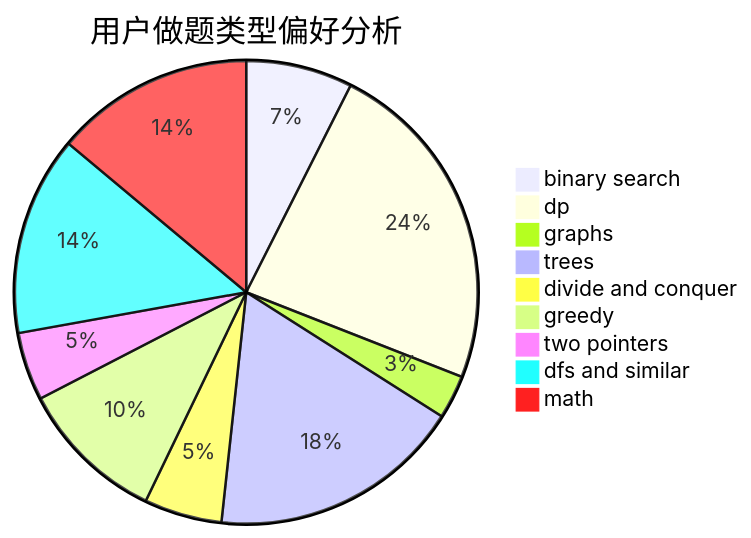
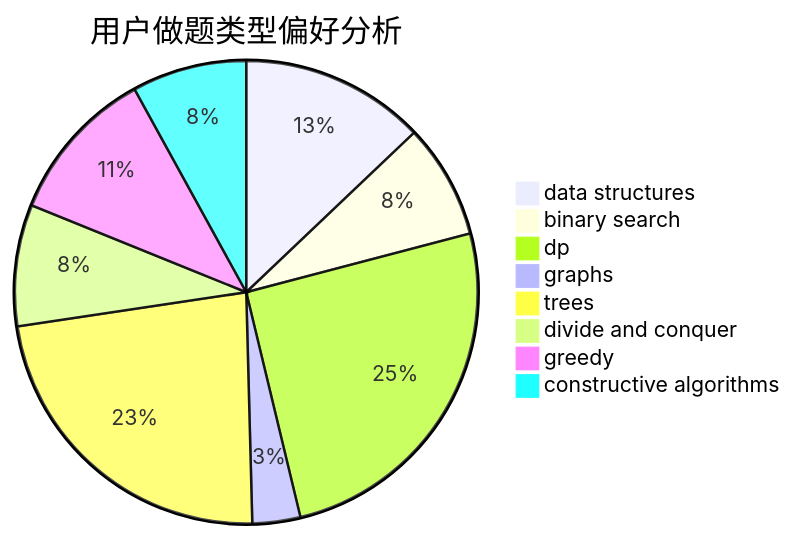
The second of 3 diagrams in docs/user/u903.md (sherpahu/cfrs.github.io), drawn with Mermaid before and after one commit. The commit also changed other lines of this file and 2775 other files, not shown here.

````diff
--- a/docs/user/u903.md
+++ b/docs/user/u903.md
@@ -23,12 +23,11 @@
 ```mermaid
 pie title 用户做题类型偏好分析
-    "binary search" :  100
-    "dp" :  316
-    "graphs" :  41
-    "trees" :  238
-    "divide and conquer" :  73
-    "greedy" :  138
-    "two pointers" :  64
-    "dfs and similar" :  187
-    "math" :  187
+    "data structures" :  108
+    "binary search" :  67
+    "dp" :  212
+    "graphs" :  28
+    "trees" :  193
+    "divide and conquer" :  71
+    "greedy" :  91
+    "constructive algorithms" :  67
 ```
````
